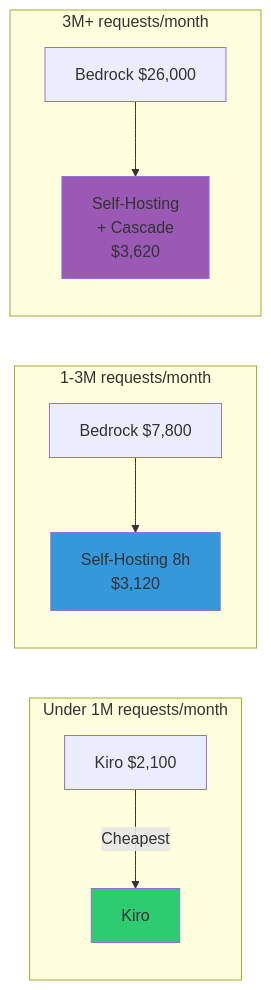
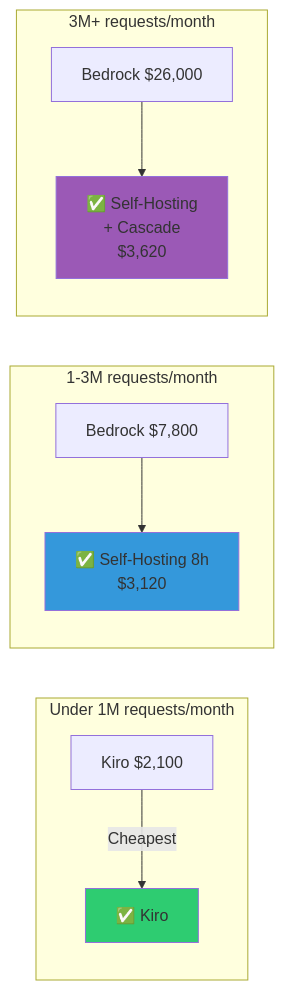
Before and after one commit to devfloor9/engineering-playbook: the first of 3 diagrams in i18n/en/docusaurus-plugin-content-docs/current/agentic-ai-platform/reference-architecture/integrations/coding-tools-cost-analysis.md, drawn with Mermaid. The commit also changed other lines of this file and 72 other files, not shown here.

````diff
--- a/i18n/en/docusaurus-plugin-content-docs/current/agentic-ai-platform/reference-architecture/integrations/coding-tools-cost-analysis.md
+++ b/i18n/en/docusaurus-plugin-content-docs/current/agentic-ai-platform/reference-architecture/integrations/coding-tools-cost-analysis.md
@@ -195,18 +232,18 @@
 ```mermaid
 graph LR
     subgraph "Under 1M requests/month"
-        A[Kiro $2,100] -->|Cheapest| WIN1[Kiro]
+        A[Kiro $2,100] -->|Cheapest| WIN1[✅ Kiro]
     end
     
     subgraph "1-3M requests/month"
-        B[Bedrock $7,800] --> WIN2[Self-Hosting 8h<br/>$3,120]
+        B[Bedrock $7,800] --> WIN2[✅ Self-Hosting 8h<br/>$3,120]
     end
     
     subgraph "3M+ requests/month"
-        C[Bedrock $26,000] --> WIN3[Self-Hosting<br/>+ Cascade<br/>$3,620]
+        C[Bedrock $26,000] --> WIN3[✅ Self-Hosting<br/>+ Cascade<br/>$3,620]
     end
     
     style WIN1 fill:#2ecc71
     style WIN2 fill:#3498db
     style WIN3 fill:#9b59b6
 ```
````
